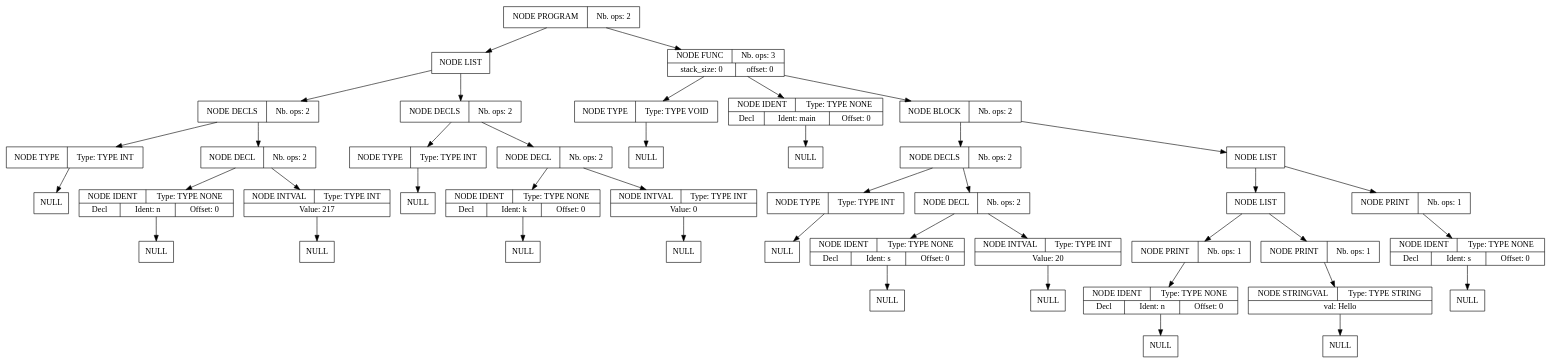
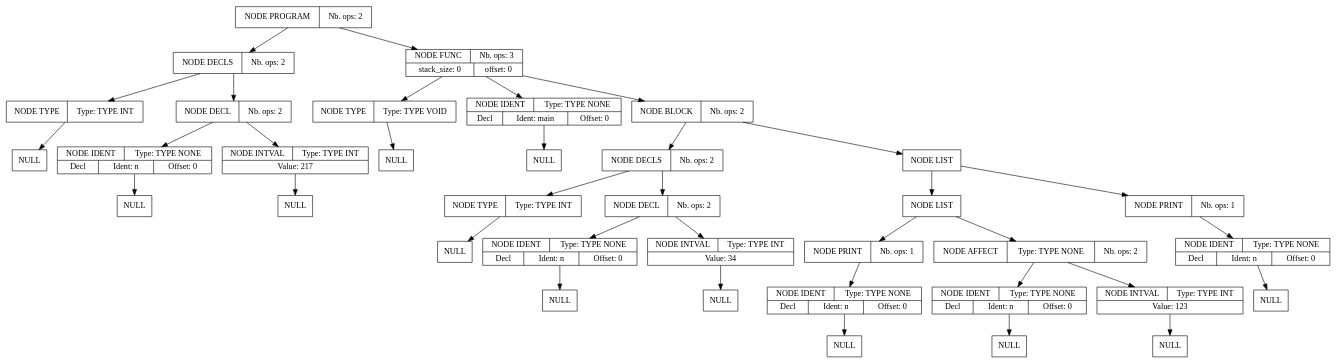
The diagram in projet_compilation_src/src/fichier_dump.dot (Serial-DeV/Compilation), drawn with Graphviz before and after one commit. The commit also changed 13 other files, not shown here.

```diff
--- a/projet_compilation_src/src/fichier_dump.dot
+++ b/projet_compilation_src/src/fichier_dump.dot
@@ -1,129 +1,108 @@
 digraph global_vars {
     N1 [shape=record, label="{{NODE PROGRAM|Nb. ops: 2}}"];
-    N2 [shape=record, label="{{NODE LIST}}"];
-    N3 [shape=record, label="{{NODE DECLS|Nb. ops: 2}}"];
-    N4 [shape=record, label="{{NODE TYPE|Type: TYPE INT}}"];
-    N5 [shape=record, label="{{NULL}}"];
-    edge[tailclip=true];
-    N4 -> N5
+    N2 [shape=record, label="{{NODE DECLS|Nb. ops: 2}}"];
+    N3 [shape=record, label="{{NODE TYPE|Type: TYPE INT}}"];
+    N4 [shape=record, label="{{NULL}}"];
     edge[tailclip=true];
     N3 -> N4
-    N6 [shape=record, label="{{NODE DECL|Nb. ops: 2}}"];
-    N7 [shape=record, label="{{NODE IDENT|Type: TYPE NONE}|{<decl>Decl      |Ident: n|Offset: 0}}"];
-    N8 [shape=record, label="{{NULL}}"];
     edge[tailclip=true];
-    N7 -> N8
+    N2 -> N3
+    N5 [shape=record, label="{{NODE DECL|Nb. ops: 2}}"];
+    N6 [shape=record, label="{{NODE IDENT|Type: TYPE NONE}|{<decl>Decl      |Ident: n|Offset: 0}}"];
+    N7 [shape=record, label="{{NULL}}"];
     edge[tailclip=true];
     N6 -> N7
-    N9 [shape=record, label="{{NODE INTVAL|Type: TYPE INT}|{Value: 217}}"];
-    N10 [shape=record, label="{{NULL}}"];
     edge[tailclip=true];
-    N9 -> N10
+    N5 -> N6
+    N8 [shape=record, label="{{NODE INTVAL|Type: TYPE INT}|{Value: 217}}"];
+    N9 [shape=record, label="{{NULL}}"];
     edge[tailclip=true];
-    N6 -> N9
+    N8 -> N9
     edge[tailclip=true];
-    N3 -> N6
+    N5 -> N8
     edge[tailclip=true];
-    N2 -> N3
-    N11 [shape=record, label="{{NODE DECLS|Nb. ops: 2}}"];
-    N12 [shape=record, label="{{NODE TYPE|Type: TYPE INT}}"];
-    N13 [shape=record, label="{{NULL}}"];
+    N2 -> N5
     edge[tailclip=true];
-    N12 -> N13
+    N1 -> N2
+    N10 [shape=record, label="{{NODE FUNC|Nb. ops: 3}|{stack_size: 0|offset: 0}}"];
+    N11 [shape=record, label="{{NODE TYPE|Type: TYPE VOID}}"];
+    N12 [shape=record, label="{{NULL}}"];
     edge[tailclip=true];
     N11 -> N12
-    N14 [shape=record, label="{{NODE DECL|Nb. ops: 2}}"];
-    N15 [shape=record, label="{{NODE IDENT|Type: TYPE NONE}|{<decl>Decl      |Ident: k|Offset: 0}}"];
-    N16 [shape=record, label="{{NULL}}"];
     edge[tailclip=true];
-    N15 -> N16
+    N10 -> N11
+    N13 [shape=record, label="{{NODE IDENT|Type: TYPE NONE}|{<decl>Decl      |Ident: main|Offset: 0}}"];
+    N14 [shape=record, label="{{NULL}}"];
     edge[tailclip=true];
-    N14 -> N15
-    N17 [shape=record, label="{{NODE INTVAL|Type: TYPE INT}|{Value: 0}}"];
+    N13 -> N14
+    edge[tailclip=true];
+    N10 -> N13
+    N15 [shape=record, label="{{NODE BLOCK|Nb. ops: 2}}"];
+    N16 [shape=record, label="{{NODE DECLS|Nb. ops: 2}}"];
+    N17 [shape=record, label="{{NODE TYPE|Type: TYPE INT}}"];
     N18 [shape=record, label="{{NULL}}"];
     edge[tailclip=true];
     N17 -> N18
     edge[tailclip=true];
-    N14 -> N17
-    edge[tailclip=true];
-    N11 -> N14
-    edge[tailclip=true];
-    N2 -> N11
-    edge[tailclip=true];
-    N1 -> N2
-    N19 [shape=record, label="{{NODE FUNC|Nb. ops: 3}|{stack_size: 0|offset: 0}}"];
-    N20 [shape=record, label="{{NODE TYPE|Type: TYPE VOID}}"];
+    N16 -> N17
+    N19 [shape=record, label="{{NODE DECL|Nb. ops: 2}}"];
+    N20 [shape=record, label="{{NODE IDENT|Type: TYPE NONE}|{<decl>Decl      |Ident: n|Offset: 0}}"];
     N21 [shape=record, label="{{NULL}}"];
     edge[tailclip=true];
     N20 -> N21
     edge[tailclip=true];
     N19 -> N20
-    N22 [shape=record, label="{{NODE IDENT|Type: TYPE NONE}|{<decl>Decl      |Ident: main|Offset: 0}}"];
+    N22 [shape=record, label="{{NODE INTVAL|Type: TYPE INT}|{Value: 34}}"];
     N23 [shape=record, label="{{NULL}}"];
     edge[tailclip=true];
     N22 -> N23
     edge[tailclip=true];
     N19 -> N22
-    N24 [shape=record, label="{{NODE BLOCK|Nb. ops: 2}}"];
-    N25 [shape=record, label="{{NODE DECLS|Nb. ops: 2}}"];
-    N26 [shape=record, label="{{NODE TYPE|Type: TYPE INT}}"];
-    N27 [shape=record, label="{{NULL}}"];
+    edge[tailclip=true];
+    N16 -> N19
+    edge[tailclip=true];
+    N15 -> N16
+    N24 [shape=record, label="{{NODE LIST}}"];
+    N25 [shape=record, label="{{NODE LIST}}"];
+    N26 [shape=record, label="{{NODE PRINT|Nb. ops: 1}}"];
+    N27 [shape=record, label="{{NODE IDENT|Type: TYPE NONE}|{<decl>Decl      |Ident: n|Offset: 0}}"];
+    N28 [shape=record, label="{{NULL}}"];
+    edge[tailclip=true];
+    N27 -> N28
     edge[tailclip=true];
     N26 -> N27
     edge[tailclip=true];
     N25 -> N26
-    N28 [shape=record, label="{{NODE DECL|Nb. ops: 2}}"];
-    N29 [shape=record, label="{{NODE IDENT|Type: TYPE NONE}|{<decl>Decl      |Ident: s|Offset: 0}}"];
-    N30 [shape=record, label="{{NULL}}"];
+    N29 [shape=record, label="{{NODE AFFECT|Type: TYPE NONE|Nb. ops: 2}}"];
+    N30 [shape=record, label="{{NODE IDENT|Type: TYPE NONE}|{<decl>Decl      |Ident: n|Offset: 0}}"];
+    N31 [shape=record, label="{{NULL}}"];
+    edge[tailclip=true];
+    N30 -> N31
     edge[tailclip=true];
     N29 -> N30
+    N32 [shape=record, label="{{NODE INTVAL|Type: TYPE INT}|{Value: 123}}"];
+    N33 [shape=record, label="{{NULL}}"];
     edge[tailclip=true];
-    N28 -> N29
-    N31 [shape=record, label="{{NODE INTVAL|Type: TYPE INT}|{Value: 20}}"];
-    N32 [shape=record, label="{{NULL}}"];
+    N32 -> N33
     edge[tailclip=true];
-    N31 -> N32
+    N29 -> N32
     edge[tailclip=true];
-    N28 -> N31
-    edge[tailclip=true];
-    N25 -> N28
+    N25 -> N29
     edge[tailclip=true];
     N24 -> N25
-    N33 [shape=record, label="{{NODE LIST}}"];
-    N34 [shape=record, label="{{NODE LIST}}"];
-    N35 [shape=record, label="{{NODE PRINT|Nb. ops: 1}}"];
-    N36 [shape=record, label="{{NODE IDENT|Type: TYPE NONE}|{<decl>Decl      |Ident: n|Offset: 0}}"];
-    N37 [shape=record, label="{{NULL}}"];
-    edge[tailclip=true];
-    N36 -> N37
+    N34 [shape=record, label="{{NODE PRINT|Nb. ops: 1}}"];
+    N35 [shape=record, label="{{NODE IDENT|Type: TYPE NONE}|{<decl>Decl      |Ident: n|Offset: 0}}"];
+    N36 [shape=record, label="{{NULL}}"];
     edge[tailclip=true];
     N35 -> N36
     edge[tailclip=true];
     N34 -> N35
-    N38 [shape=record, label="{{NODE PRINT|Nb. ops: 1}}"];
-    N39 [shape=record, label="{{NODE STRINGVAL|Type: TYPE STRING}|{val: Hello\n}}"];
-    N40 [shape=record, label="{{NULL}}"];
     edge[tailclip=true];
-    N39 -> N40
+    N24 -> N34
     edge[tailclip=true];
-    N38 -> N39
+    N15 -> N24
     edge[tailclip=true];
-    N34 -> N38
+    N10 -> N15
     edge[tailclip=true];
-    N33 -> N34
-    N41 [shape=record, label="{{NODE PRINT|Nb. ops: 1}}"];
-    N42 [shape=record, label="{{NODE IDENT|Type: TYPE NONE}|{<decl>Decl      |Ident: s|Offset: 0}}"];
-    N43 [shape=record, label="{{NULL}}"];
-    edge[tailclip=true];
-    N42 -> N43
-    edge[tailclip=true];
-    N41 -> N42
-    edge[tailclip=true];
-    N33 -> N41
-    edge[tailclip=true];
-    N24 -> N33
-    edge[tailclip=true];
-    N19 -> N24
-    edge[tailclip=true];
-    N1 -> N19
+    N1 -> N10
 }
```
